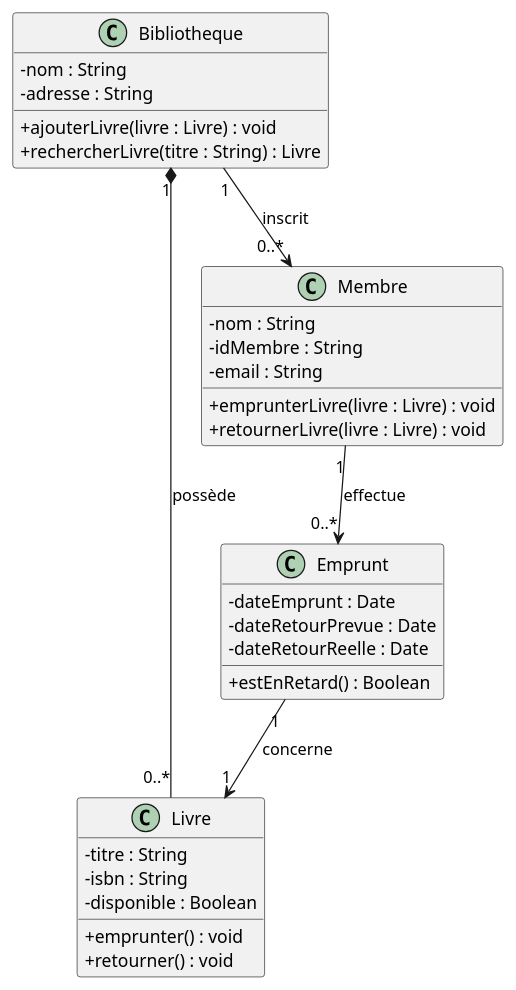
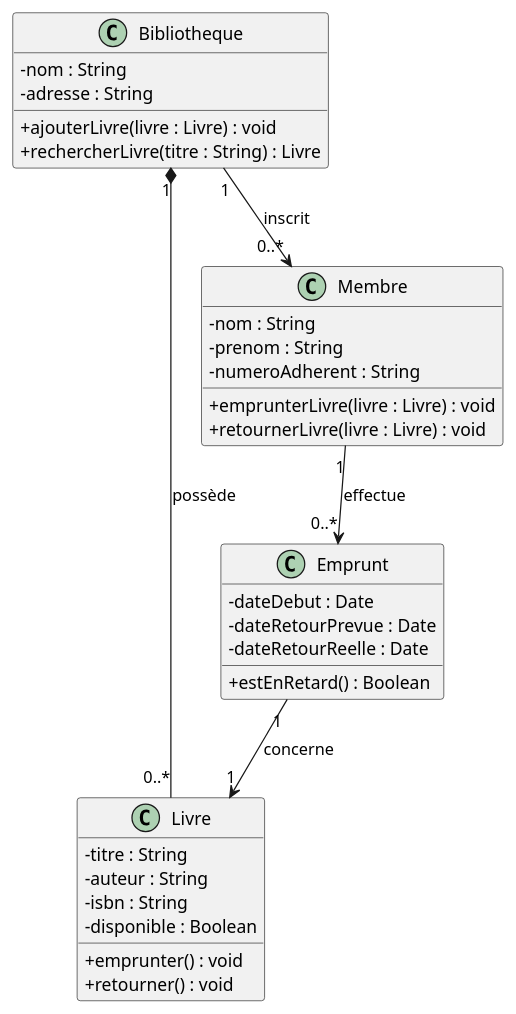
One commit to JR-CIEL-2-PROGRAMMATION/uml-learning changed the ninth of 9 diagrams in 02-diagramme-classes/apport-de-connaissance/apport-de-connaissance.md. Above: the diagram before and after it, drawn with PlantUML. The commit also changed other lines of this file, not shown here.

First line of the commit message:
Enrichir l'apport de connaissance du diagramme de classes

````diff
--- a/02-diagramme-classes/apport-de-connaissance/apport-de-connaissance.md
+++ b/02-diagramme-classes/apport-de-connaissance/apport-de-connaissance.md
@@ -228,37 +376,38 @@
 ```plantuml
 @startuml
 skinparam classAttributeIconSize 0
 
+class Bibliotheque {
+    - nom : String
+    - adresse : String
+    + ajouterLivre(livre : Livre) : void
+    + rechercherLivre(titre : String) : Livre
+}
 class Livre {
     - titre : String
+    - auteur : String
     - isbn : String
     - disponible : Boolean
     + emprunter() : void
     + retourner() : void
 }
 class Membre {
     - nom : String
-    - idMembre : String
-    - email : String
+    - prenom : String
+    - numeroAdherent : String
     + emprunterLivre(livre : Livre) : void
     + retournerLivre(livre : Livre) : void
 }
-class Bibliotheque {
-    - nom : String
-    - adresse : String
-    + ajouterLivre(livre : Livre) : void
-    + rechercherLivre(titre : String) : Livre
-}
 class Emprunt {
-    - dateEmprunt : Date
+    - dateDebut : Date
     - dateRetourPrevue : Date
     - dateRetourReelle : Date
     + estEnRetard() : Boolean
 }
 
 Bibliotheque "1" *-- "0..*" Livre : possède
 Bibliotheque "1" --> "0..*" Membre : inscrit
 Membre "1" --> "0..*" Emprunt : effectue
 Emprunt "1" --> "1" Livre : concerne
 @enduml
 ```
````
